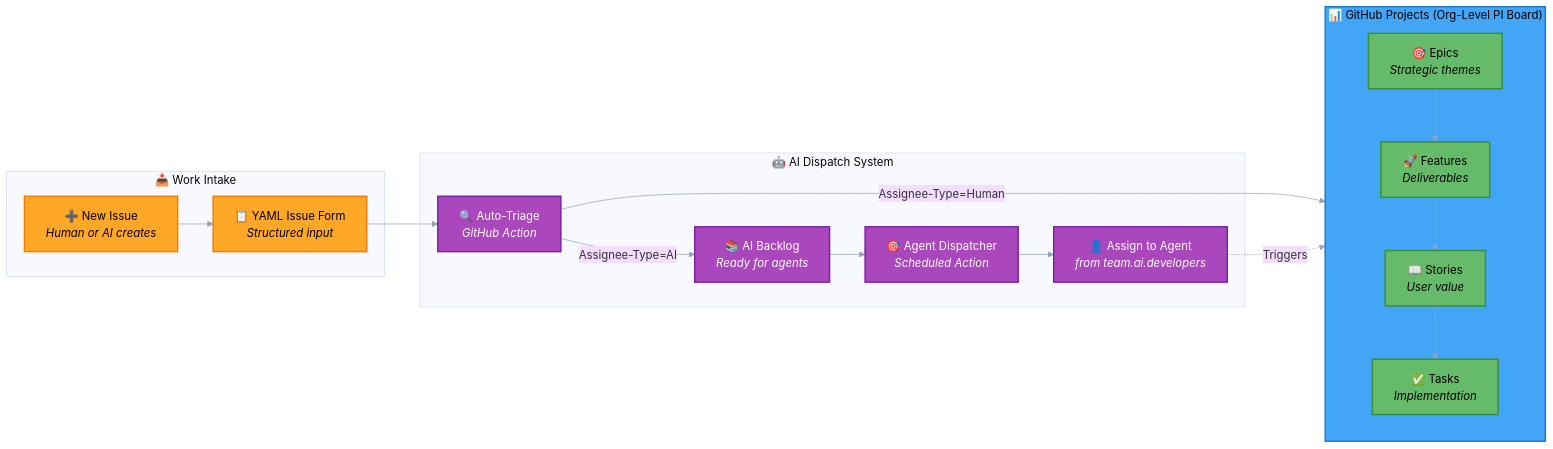
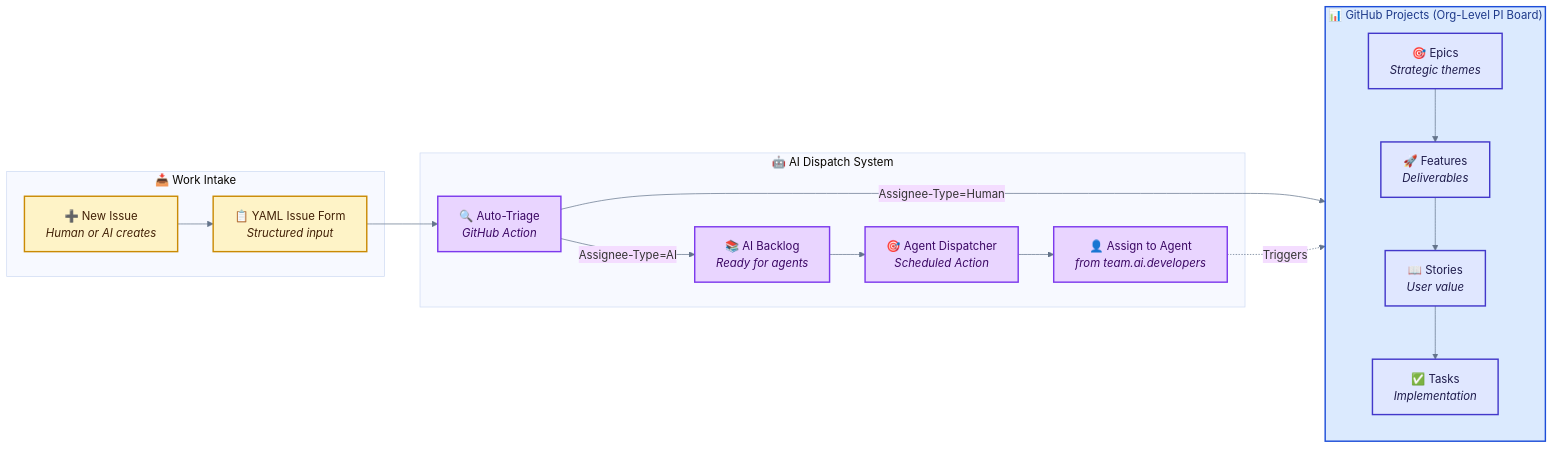
Before and after one commit to donbr/github-agentic-om: the third of 8 diagrams in github-native-operating-model.md, drawn with Mermaid. The commit also changed other lines of this file, not shown here.

Commit message:
update mermaid diagrams based on wcag

````diff
--- a/github-native-operating-model.md
+++ b/github-native-operating-model.md
@@ -175,45 +175,45 @@
 ```mermaid
-%%{init: {"theme":"base", "themeVariables": {"lineColor":"#94a3b8","primaryBorderColor":"#94a3b8","textColor":"#64748b"}}}%%
+%%{init: {"theme":"base", "themeVariables": {"lineColor":"#64748B","primaryBorderColor":"#64748B","textColor":"#1E293B","background":"#FFFFFF"}}}%%
 flowchart LR
     subgraph INTAKE["📥 Work Intake"]
         ISSUE["➕ New Issue<br/><i>Human or AI creates</i>"]
         FORM["📋 YAML Issue Form<br/><i>Structured input</i>"]
     end
 
     subgraph PROJECTS["📊 GitHub Projects (Org-Level PI Board)"]
         direction TB
         EPIC["🎯 Epics<br/><i>Strategic themes</i>"]
         FEATURE["🚀 Features<br/><i>Deliverables</i>"]
         STORY["📖 Stories<br/><i>User value</i>"]
         TASK["✅ Tasks<br/><i>Implementation</i>"]
 
         EPIC --> FEATURE
         FEATURE --> STORY
         STORY --> TASK
     end
 
     subgraph DISPATCH["🤖 AI Dispatch System"]
         TRIAGE["🔍 Auto-Triage<br/><i>GitHub Action</i>"]
         AIBACKLOG["📚 AI Backlog<br/><i>Ready for agents</i>"]
         DISPATCHER["🎯 Agent Dispatcher<br/><i>Scheduled Action</i>"]
         ASSIGN["👤 Assign to Agent<br/><i>from team.ai.developers</i>"]
     end
 
     ISSUE --> FORM
     FORM --> TRIAGE
     TRIAGE -->|"Assignee-Type=AI"| AIBACKLOG
     TRIAGE -->|"Assignee-Type=Human"| PROJECTS
     AIBACKLOG --> DISPATCHER
     DISPATCHER --> ASSIGN
     ASSIGN -.Triggers.-> PROJECTS
 
-    classDef planning fill:#42a5f5,stroke:#1976d2,stroke-width:2px,color:#000000
-    classDef intake fill:#ffa726,stroke:#f57c00,stroke-width:2px,color:#000000
-    classDef hierarchy fill:#66bb6a,stroke:#388e3c,stroke-width:2px,color:#000000
-    classDef automation fill:#ab47bc,stroke:#7b1fa2,stroke-width:2px,color:#ffffff
+    classDef planning fill:#DBEAFE,stroke:#1D4ED8,stroke-width:2px,color:#1E3A8A
+    classDef intake fill:#FEF3C7,stroke:#CA8A04,stroke-width:2px,color:#422006
+    classDef hierarchy fill:#E0E7FF,stroke:#4338CA,stroke-width:2px,color:#1E1B4B
+    classDef automation fill:#E9D5FF,stroke:#7C3AED,stroke-width:2px,color:#3B0764
 
     class PROJECTS planning
     class ISSUE,FORM intake
     class EPIC,FEATURE,STORY,TASK hierarchy
     class TRIAGE,AIBACKLOG,DISPATCHER,ASSIGN automation
 ```
````
